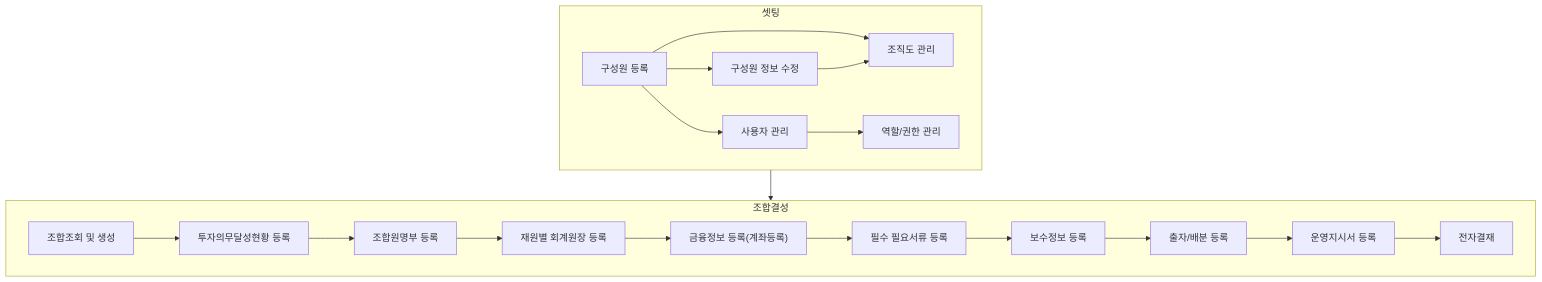
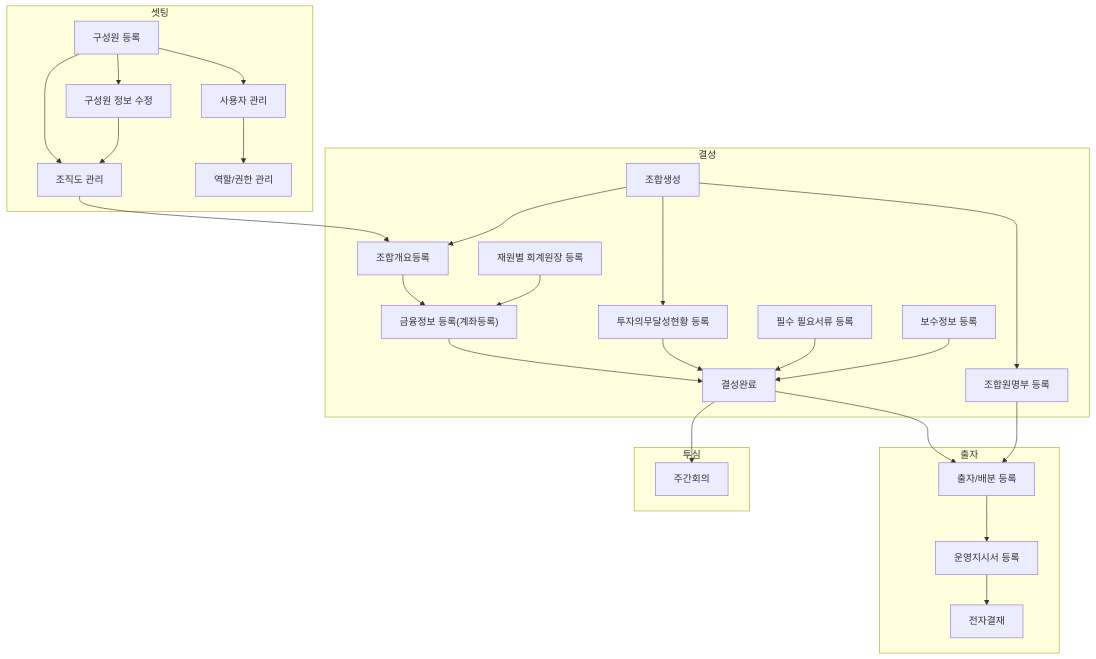
Before and after one commit to cotes2020/jekyll-theme-chirpy: the diagram in _tabs/about.md, drawn with Mermaid. The commit also changed 1 other file, not shown here.

Commit message:
mermaid 실제화

````diff
--- a/_tabs/about.md
+++ b/_tabs/about.md
@@ -47,37 +47,67 @@
 ```mermaid
 flowchart TD
     subgraph 셋팅["셋팅"]
         hr0001["구성원 등록"]
         hr0002["구성원 정보 수정"]
         hr0007["조직도 관리"]
         se0005["사용자 관리"]
         se0003["역할/권한 관리"]
         hr0001 --> hr0002
         hr0001 --> hr0007
         hr0002 --> hr0007
         hr0001 --> se0005
         se0005 --> se0003
 
     click hr0001 "{% post_url 2024-07-02-hr0001 %}" "구성원 등록 페이지로 이동"
     click hr0002 "{% post_url 2024-07-02-hr0002 %}" "구성원 정보수정 페이지로 이동"
     click hr0007 "{% post_url 2024-07-02-hr0007 %}" "조직도 관리 페이지로 이동"
 
     end
 
-    subgraph 조합결성["조합결성"]
-        fd0001["조합조회 및 생성"]
+    
+
+    subgraph 결성["결성"]
+        fd0001["조합생성"]
+        fd0009["조합개요등록"]
         fd0010["투자의무달성현황 등록"]
         fd0011["조합원명부 등록"]
         fm0010["재원별 회계원장 등록"]
-        fd0009["금융정보 등록(계좌등록)"]
+        fd0009a["금융정보 등록(계좌등록)"]
         fd0013["필수 필요서류 등록"]
         fd0012["보수정보 등록"]
+        fd0000["결성완료"]
+
+
+        hr0007 --> fd0009
+        fd0001 --> fd0009
+        fd0001 --> fd0010
+        fd0001 --> fd0011 
+        fd0009 --> fd0009a 
+        fm0010 --> fd0009a
+
+
+        fd0009a-->fd0000
+        fd0010-->fd0000
+        fd0013-->fd0000
+        fd0012-->fd0000
+    end
+
+    subgraph 출자["출자"]
         fd0006["출자/배분 등록"]
         io0002["운영지시서 등록"]
         ed0001["전자결재"]
 
-        fd0001 --> fd0010 --> fd0011 --> fm0010 --> fd0009 --> fd0013 -->  fd0012 --> fd0006 --> io0002 --> ed0001
+        fd0000 --> fd0006
+        fd0011 --> fd0006
+        fd0006 --> io0002 --> ed0001
+
     end
 
-    셋팅 --> 조합결성
+    subgraph 투자심의["투심"]
+        wr0003["주간회의"]
+        fd0000 --> wr0003
+
+    end
+
+    %% 셋팅 --> 결성
 ```
````
